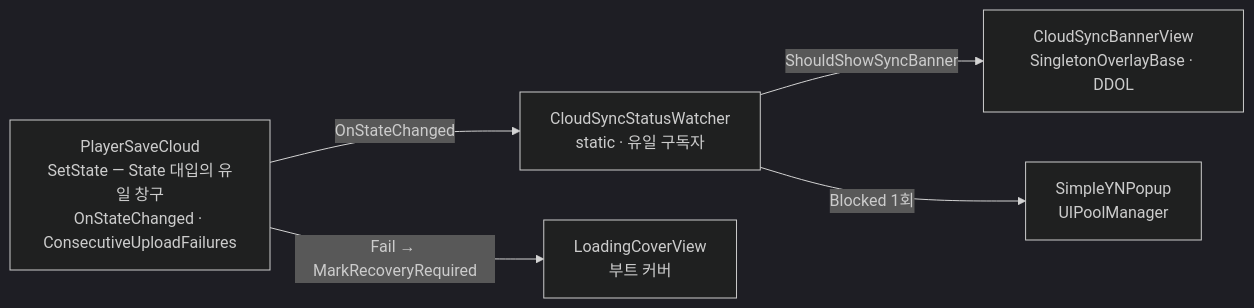
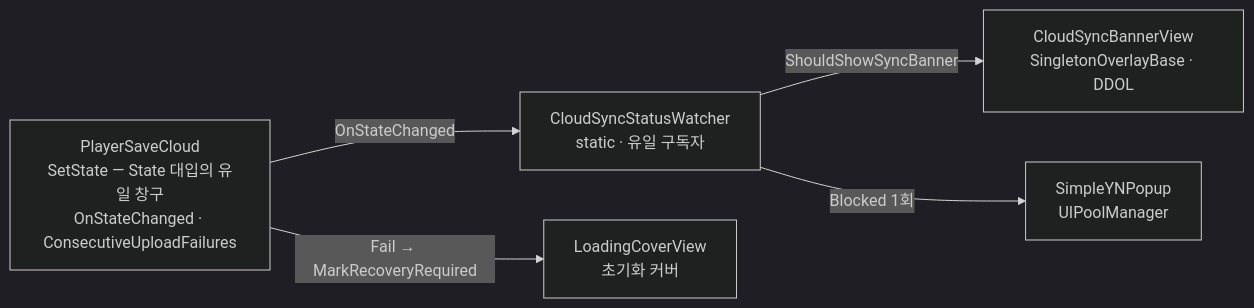
The fourth of 27 diagrams in docs/OutGamePlan/STRUCTURE.md (hspark-maker/TeamfightTCG_Migriation), drawn with Mermaid (dark theme) before and after one commit. The commit also changed other lines of this file and 117 other files, not shown here.

````diff
--- a/docs/OutGamePlan/STRUCTURE.md
+++ b/docs/OutGamePlan/STRUCTURE.md
@@ -118,13 +118,13 @@
 ```mermaid
 flowchart LR
     PC["PlayerSaveCloud<br/>SetState — State 대입의 유일 창구<br/>OnStateChanged · ConsecutiveUploadFailures"]
     W["CloudSyncStatusWatcher<br/>static · 유일 구독자"]
     B["CloudSyncBannerView<br/>SingletonOverlayBase · DDOL"]
     M["SimpleYNPopup<br/>UIPoolManager"]
-    LC["LoadingCoverView<br/>부트 커버"]
+    LC["LoadingCoverView<br/>초기화 커버"]
 
     PC -->|OnStateChanged| W
     W -->|ShouldShowSyncBanner| B
     W -->|Blocked 1회| M
     PC -->|"Fail → MarkRecoveryRequired"| LC
 ```
````
